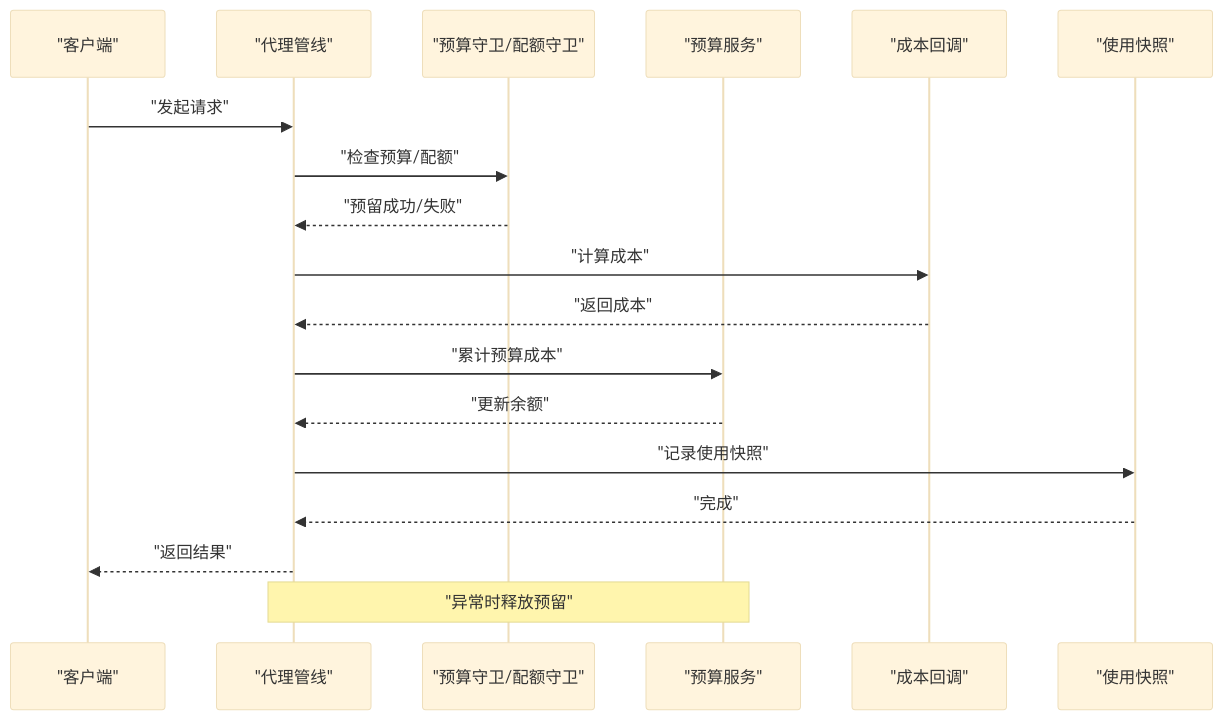
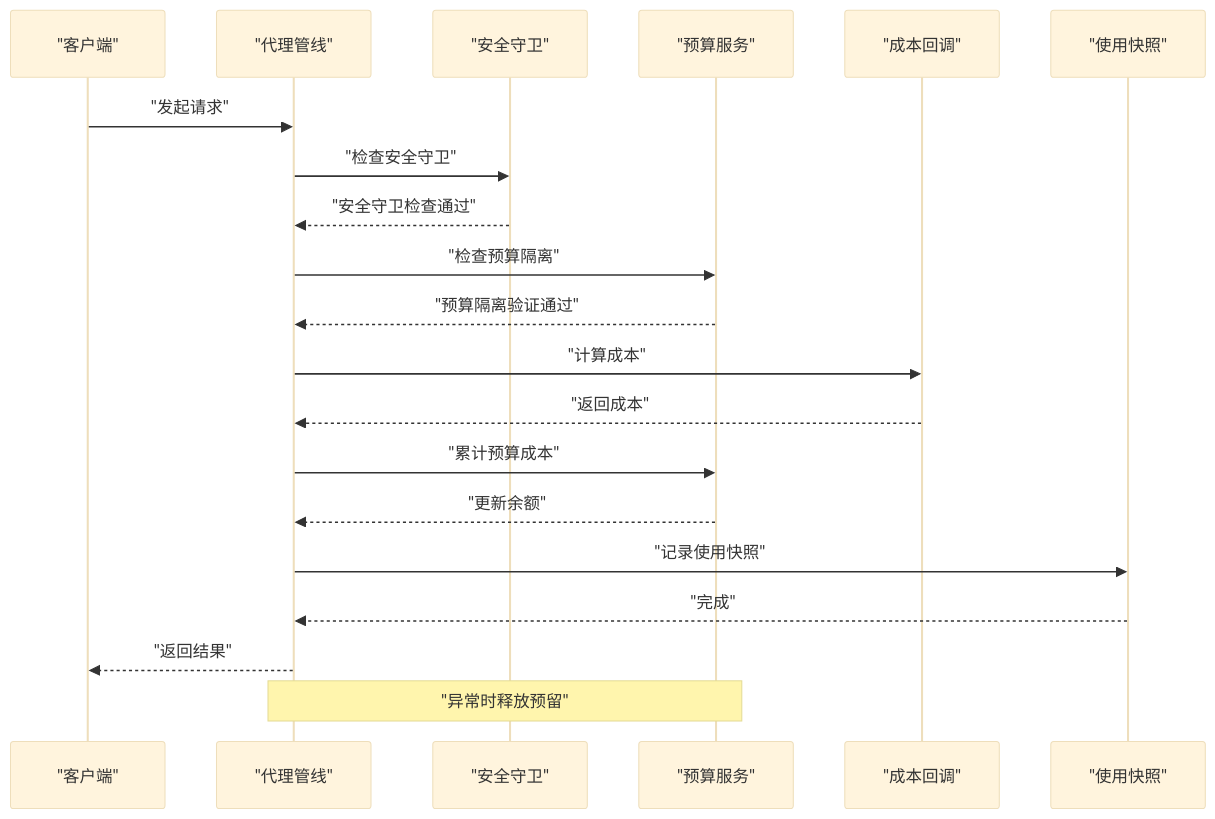
One commit to tianyehedashu/ai-agent changed the sixth of 9 diagrams in .qoder/repowiki/zh/content/网关服务架构/成本控制与配额.md. Above: the diagram before and after it, drawn with Mermaid (base theme). The commit also changed other lines of this file and 25 other files, not shown here.

````diff
--- a/.qoder/repowiki/zh/content/网关服务架构/成本控制与配额.md
+++ b/.qoder/repowiki/zh/content/网关服务架构/成本控制与配额.md
@@ -352,20 +437,22 @@
 ```mermaid
 sequenceDiagram
 participant Client as "客户端"
 participant Proxy as "代理管线"
-participant Guard as "预算守卫/配额守卫"
+participant Guard as "安全守卫"
 participant Budget as "预算服务"
 participant Callback as "成本回调"
 participant Snapshot as "使用快照"
 Client->>Proxy : "发起请求"
-Proxy->>Guard : "检查预算/配额"
-Guard-->>Proxy : "预留成功/失败"
+Proxy->>Guard : "检查安全守卫"
+Guard-->>Proxy : "安全守卫检查通过"
+Proxy->>Budget : "检查预算隔离"
+Budget-->>Proxy : "预算隔离验证通过"
 Proxy->>Callback : "计算成本"
 Callback-->>Proxy : "返回成本"
 Proxy->>Budget : "累计预算成本"
 Budget-->>Proxy : "更新余额"
 Proxy->>Snapshot : "记录使用快照"
 Snapshot-->>Proxy : "完成"
 Proxy-->>Client : "返回结果"
 Note over Proxy,Budget : "异常时释放预留"
 ```
````
